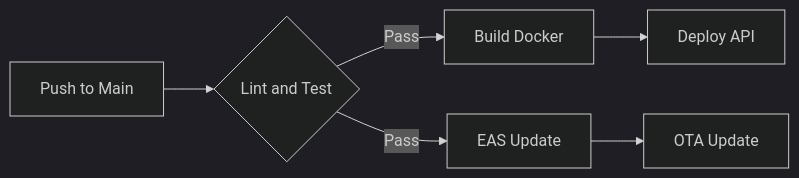
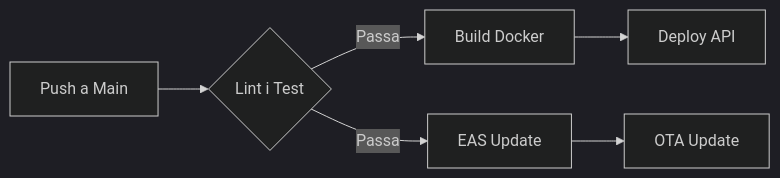
One commit to cdc-grup/app_lattice_project changed the diagram in docs/DEPLOYMENT.md. Above: the diagram before and after it, drawn with Mermaid (dark theme). The commit also changed other lines of this file and 14 other files, not shown here.

Commit message:
docs: Translate core project documentation to Catalan and enhance Docker architecture with recommended microservices.

````diff
--- a/docs/DEPLOYMENT.md
+++ b/docs/DEPLOYMENT.md
@@ -54,8 +54,8 @@
 ```mermaid
 graph LR
-    A[Push to Main] --> B{Lint and Test}
-    B -- Pass --> C[Build Docker]
+    A[Push a Main] --> B{Lint i Test}
+    B -- Passa --> C[Build Docker]
     C --> D[Deploy API]
-    B -- Pass --> E[EAS Update]
+    B -- Passa --> E[EAS Update]
     E --> F[OTA Update]
 ```
````
